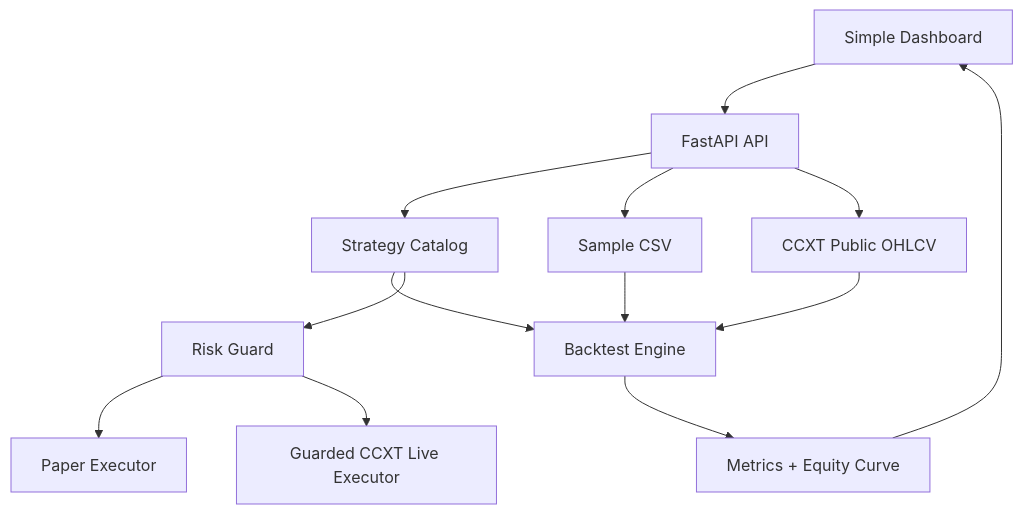
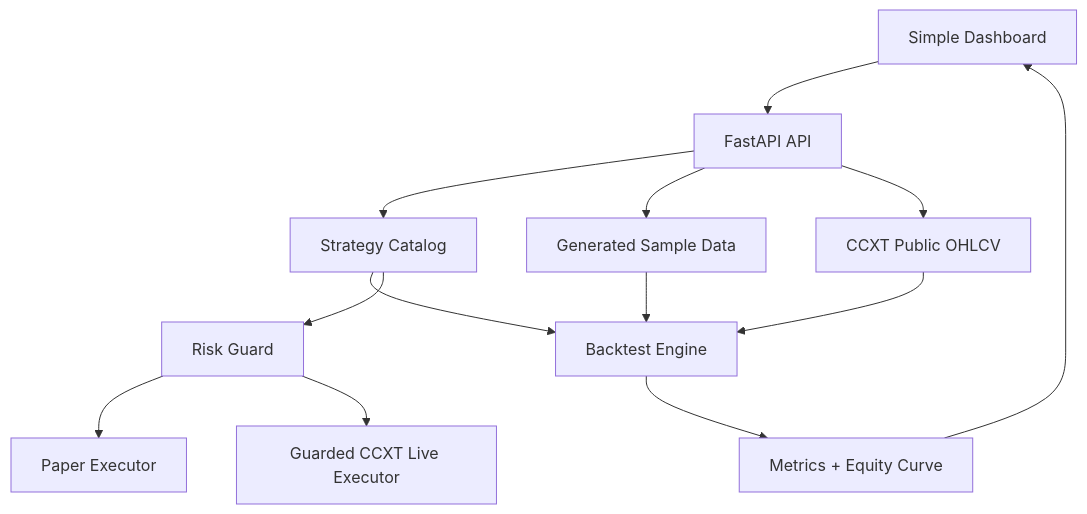
One commit to univcorp2-ctrl/cripto-auto-trade changed the diagram in docs/architecture.md. Above: the diagram before and after it, drawn with Mermaid. The commit also changed other lines of this file, not shown here.

````diff
--- a/docs/architecture.md
+++ b/docs/architecture.md
@@ -3,15 +3,15 @@
 ```mermaid
 flowchart TD
   Browser[Simple Dashboard] --> FastAPI[FastAPI API]
   FastAPI --> Strategies[Strategy Catalog]
-  FastAPI --> CSV[Sample CSV]
+  FastAPI --> Sample[Generated Sample Data]
   FastAPI --> CCXT[CCXT Public OHLCV]
   Strategies --> Backtester[Backtest Engine]
-  CSV --> Backtester
+  Sample --> Backtester
   CCXT --> Backtester
   Backtester --> Metrics[Metrics + Equity Curve]
   Metrics --> Browser
   Strategies --> Risk[Risk Guard]
   Risk --> Paper[Paper Executor]
   Risk --> Live[Guarded CCXT Live Executor]
 ```
````
